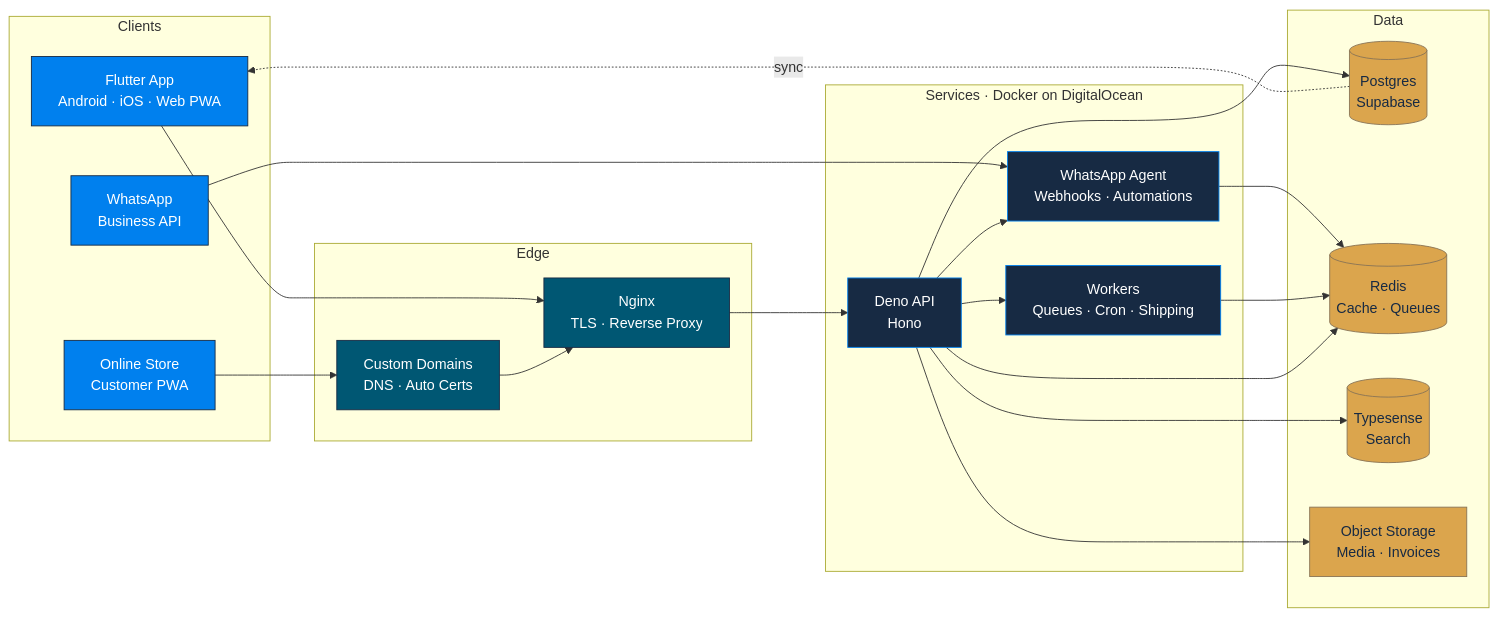
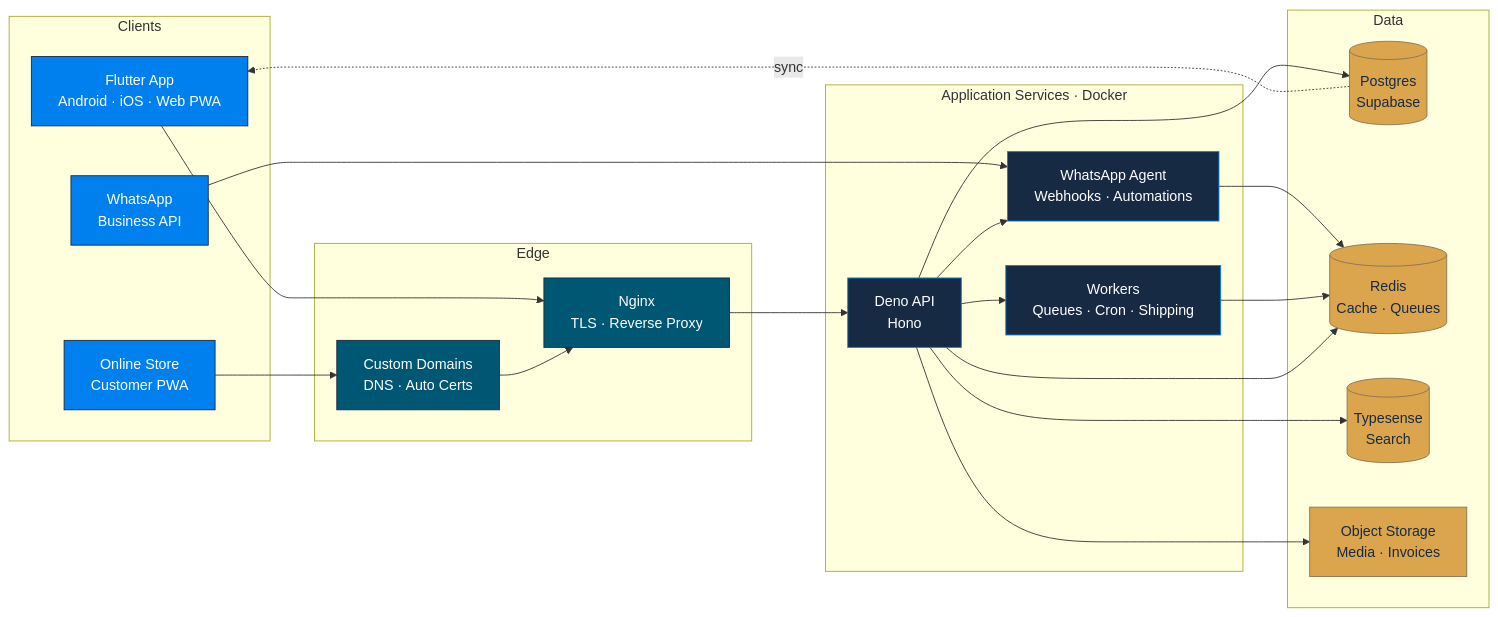
One commit to SankalpPyFever333/SankalpPyFever333 changed the diagram in README.md. Above: the diagram before and after it, drawn with Mermaid. The commit also changed other lines of this file, not shown here.

````diff
--- a/README.md
+++ b/README.md
@@ -82,50 +69,50 @@
 ```mermaid
 flowchart LR
     subgraph clients["Clients"]
         A["Flutter App<br/>Android · iOS · Web PWA"]
         B["Online Store<br/>Customer PWA"]
         C["WhatsApp<br/>Business API"]
     end
 
     subgraph edge["Edge"]
         D["Nginx<br/>TLS · Reverse Proxy"]
         E["Custom Domains<br/>DNS · Auto Certs"]
     end
 
-    subgraph services["Services · Docker on DigitalOcean"]
+    subgraph services["Application Services · Docker"]
         F["Deno API<br/>Hono"]
         G["WhatsApp Agent<br/>Webhooks · Automations"]
         H["Workers<br/>Queues · Cron · Shipping"]
     end
 
     subgraph data["Data"]
         I[("Postgres<br/>Supabase")]
         J[("Redis<br/>Cache · Queues")]
         K[("Typesense<br/>Search")]
         L["Object Storage<br/>Media · Invoices"]
     end
 
     A --> D
     B --> E
     C --> G
     E --> D
     D --> F
     F --> G
     F --> H
     G --> J
     H --> J
     F --> I
     F --> J
     F --> K
     F --> L
     I -. "sync" .-> A
 
     classDef c fill:#0080ee,stroke:#172a43,stroke-width:1px,color:#ffffff
     classDef e fill:#005773,stroke:#172a43,stroke-width:1px,color:#ffffff
     classDef s fill:#172a43,stroke:#0080ee,stroke-width:1px,color:#ffffff
     classDef d fill:#dba54d,stroke:#887456,stroke-width:1px,color:#172a43
     class A,B,C c
     class D,E e
     class F,G,H s
     class I,J,K,L d
 ```
````
